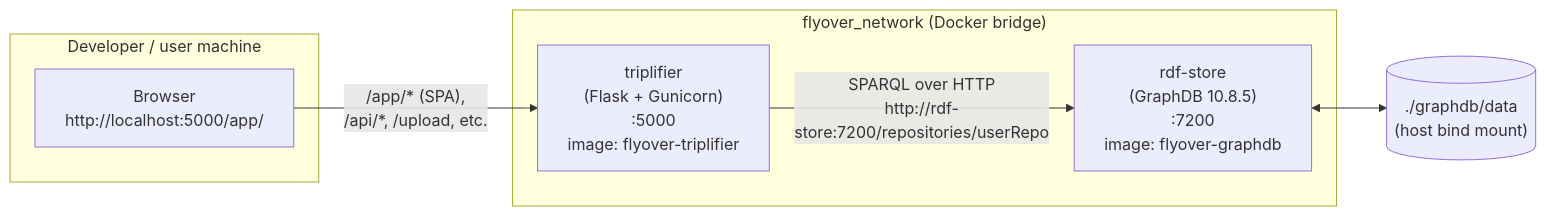
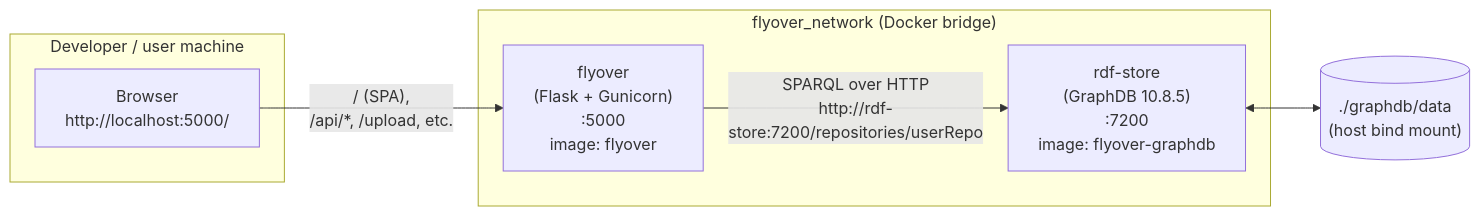
One commit to MaastrichtU-CDS/Flyover changed the first of 3 diagrams in docs/architecture.md. Above: the diagram before and after it, drawn with Mermaid. The commit also changed other lines of this file and 181 other files, not shown here.

````diff
--- a/docs/architecture.md
+++ b/docs/architecture.md
@@ -9,14 +9,14 @@
 ```mermaid
 flowchart LR
     subgraph host["Developer / user machine"]
-        browser["Browser<br/>http://localhost:5000/app/"]
+        browser["Browser<br/>http://localhost:5000/"]
     end
     subgraph net["flyover_network (Docker bridge)"]
-        triplifier["triplifier<br/>(Flask + Gunicorn)<br/>:5000<br/>image: flyover-triplifier"]
+        flyover["flyover<br/>(Flask + Gunicorn)<br/>:5000<br/>image: flyover"]
         rdfstore["rdf-store<br/>(GraphDB 10.8.5)<br/>:7200<br/>image: flyover-graphdb"]
     end
     bind[("./graphdb/data<br/>(host bind mount)")]
-    browser -- "/app/* (SPA),<br/>/api/*, /upload, etc." --> triplifier
-    triplifier -- "SPARQL over HTTP<br/>http://rdf-store:7200/repositories/userRepo" --> rdfstore
+    browser -- "/ (SPA),<br/>/api/*, /upload, etc." --> flyover
+    flyover -- "SPARQL over HTTP<br/>http://rdf-store:7200/repositories/userRepo" --> rdfstore
     rdfstore <--> bind
 ```
````
